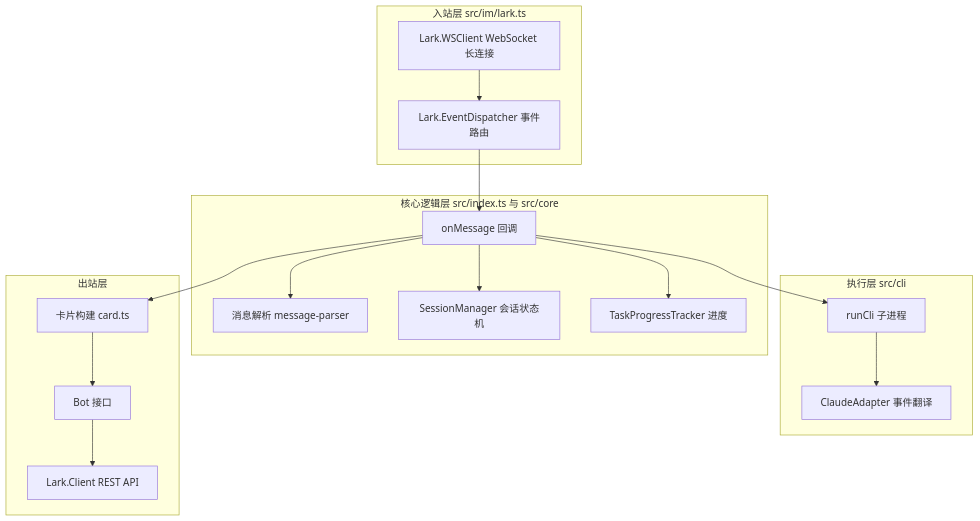
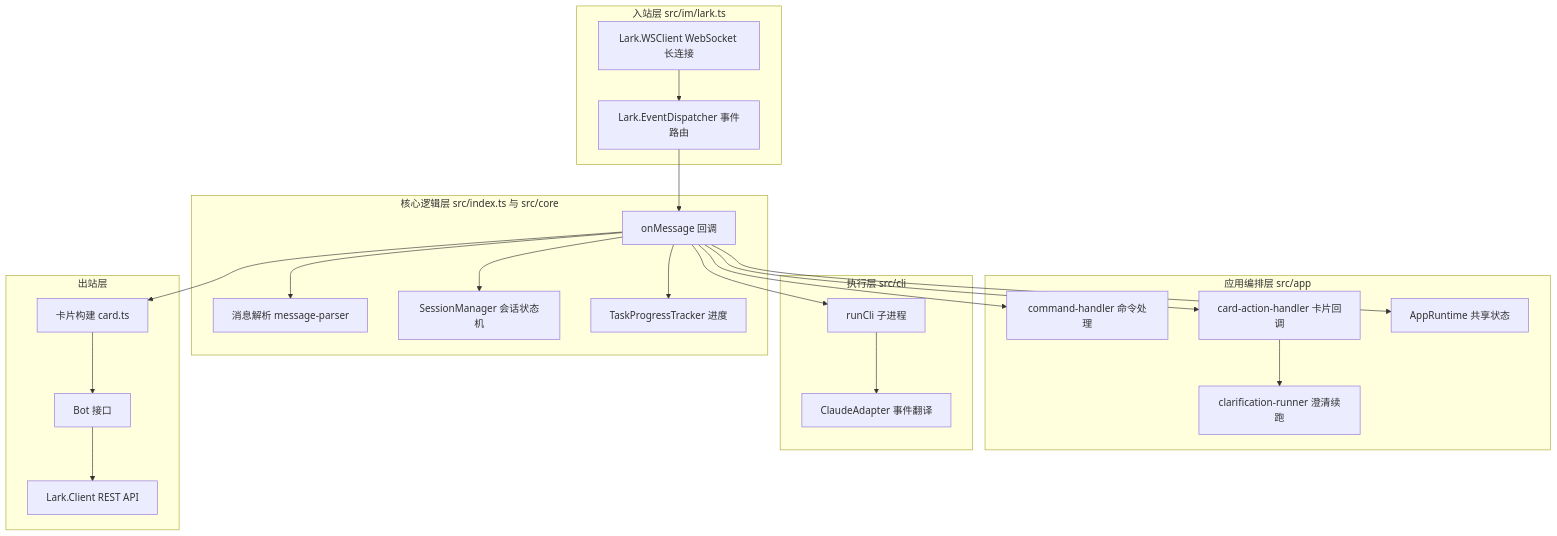
One commit to CerrorJ/Agent-Team changed the first of 2 diagrams in openwiki/architecture/overview.md. Above: the diagram before and after it, drawn with Mermaid. The commit also changed other lines of this file and 12 other files, not shown here.

````diff
--- a/openwiki/architecture/overview.md
+++ b/openwiki/architecture/overview.md
@@ -14,21 +14,27 @@
 ```mermaid
 flowchart TD
     subgraph IN["入站层 src/im/lark.ts"]
         WS["Lark.WSClient WebSocket 长连接"] --> DISP["Lark.EventDispatcher 事件路由"]
     end
     subgraph CORE["核心逻辑层 src/index.ts 与 src/core"]
         DISP --> CB["onMessage 回调"]
         CB --> MP["消息解析 message-parser"]
         CB --> SM["SessionManager 会话状态机"]
         CB --> TP["TaskProgressTracker 进度"]
     end
+    subgraph APP["应用编排层 src/app"]
+        CB --> CMD["command-handler 命令处理"]
+        CB --> CAH["card-action-handler 卡片回调"]
+        CAH --> CLR["clarification-runner 澄清续跑"]
+        CB --> RT["AppRuntime 共享状态"]
+    end
     subgraph CLI["执行层 src/cli"]
         CB --> RUN["runCli 子进程"]
         RUN --> ADP["ClaudeAdapter 事件翻译"]
     end
     subgraph OUT["出站层"]
         CB --> CARD["卡片构建 card.ts"]
         CARD --> BOT["Bot 接口"]
         BOT --> CLIENT["Lark.Client REST API"]
     end
 ```
````
